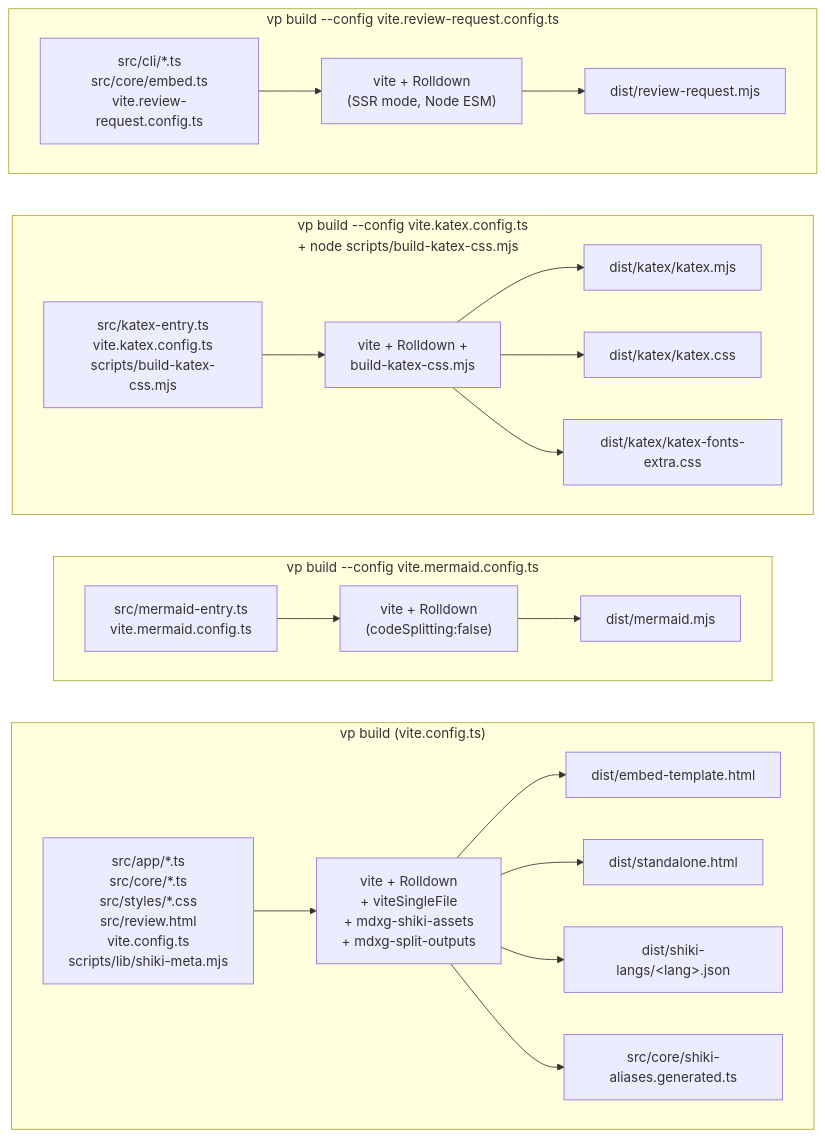
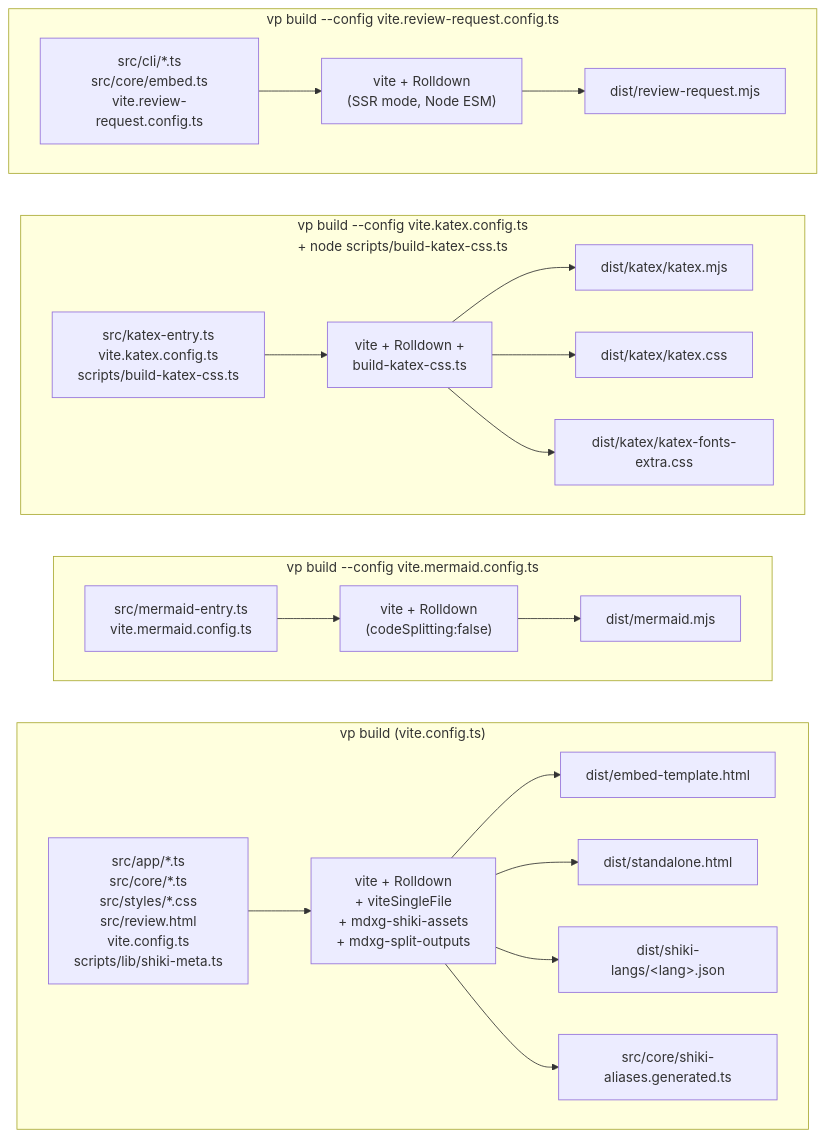
Before and after one commit to oubakiou/mdxg-redline: the second of 2 diagrams in docs/DESIGN.md, drawn with Mermaid. The commit also changed other lines of this file and 18 other files, not shown here.

First line of the commit message:
refactor(scripts): ビルドスクリプトを TypeScript 化し Node 要件を 24+ に引き上げ

````diff
--- a/docs/DESIGN.md
+++ b/docs/DESIGN.md
@@ -921,34 +921,34 @@
 ```mermaid
 flowchart LR
     subgraph C1["vp build (vite.config.ts)"]
         direction LR
-        I1["src/app/*.ts<br/>src/core/*.ts<br/>src/styles/*.css<br/>src/review.html<br/>vite.config.ts<br/>scripts/lib/shiki-meta.mjs"]
+        I1["src/app/*.ts<br/>src/core/*.ts<br/>src/styles/*.css<br/>src/review.html<br/>vite.config.ts<br/>scripts/lib/shiki-meta.ts"]
         B1["vite + Rolldown<br/>+ viteSingleFile<br/>+ mdxg-shiki-assets<br/>+ mdxg-split-outputs"]
         I1 --> B1
         B1 --> O1a["dist/embed-template.html"]
         B1 --> O1b["dist/standalone.html"]
         B1 --> O1c["dist/shiki-langs/&lt;lang&gt;.json"]
         B1 --> O1d["src/core/shiki-aliases.generated.ts"]
     end
     subgraph C2["vp build --config vite.mermaid.config.ts"]
         direction LR
         I2["src/mermaid-entry.ts<br/>vite.mermaid.config.ts"]
         B2["vite + Rolldown<br/>(codeSplitting:false)"]
         I2 --> B2 --> O2["dist/mermaid.mjs"]
     end
-    subgraph C3["vp build --config vite.katex.config.ts<br/>+ node scripts/build-katex-css.mjs"]
+    subgraph C3["vp build --config vite.katex.config.ts<br/>+ node scripts/build-katex-css.ts"]
         direction LR
-        I3["src/katex-entry.ts<br/>vite.katex.config.ts<br/>scripts/build-katex-css.mjs"]
-        B3["vite + Rolldown +<br/>build-katex-css.mjs"]
+        I3["src/katex-entry.ts<br/>vite.katex.config.ts<br/>scripts/build-katex-css.ts"]
+        B3["vite + Rolldown +<br/>build-katex-css.ts"]
         I3 --> B3
         B3 --> O3a["dist/katex/katex.mjs"]
         B3 --> O3b["dist/katex/katex.css"]
         B3 --> O3c["dist/katex/katex-fonts-extra.css"]
     end
     subgraph C4["vp build --config vite.review-request.config.ts"]
         direction LR
         I4["src/cli/*.ts<br/>src/core/embed.ts<br/>vite.review-request.config.ts"]
         B4["vite + Rolldown<br/>(SSR mode, Node ESM)"]
         I4 --> B4 --> O4["dist/review-request.mjs"]
     end
 ```
````
